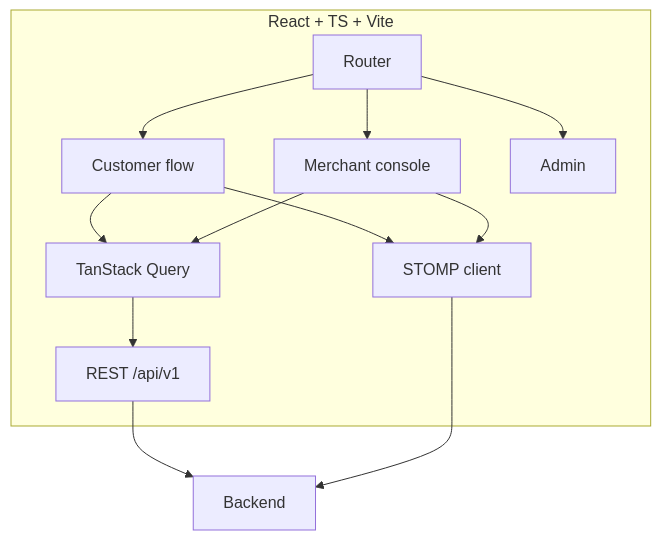
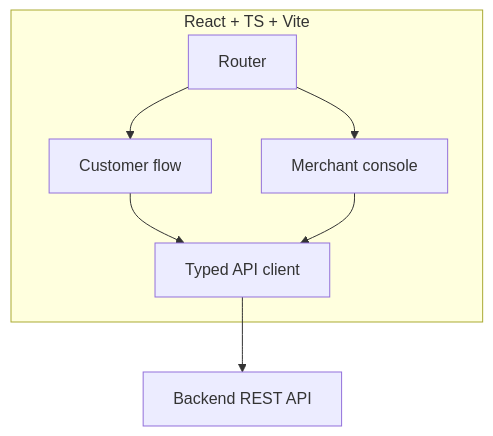
The eighth of 9 diagrams in ARCHITECTURE.md (ManoharEldhandi/OnTheWay), drawn with Mermaid before and after one commit. The commit also changed other lines of this file and 21 other files, not shown here.

````diff
--- a/ARCHITECTURE.md
+++ b/ARCHITECTURE.md
@@ -316,15 +278,10 @@
 ```mermaid
 graph TB
     subgraph Web[React + TS + Vite]
       ROUTER[Router] --> CUST[Customer flow]
       ROUTER --> MERCH[Merchant console]
-      ROUTER --> ADMIN[Admin]
-      CUST --> Q[TanStack Query]
-      MERCH --> Q
-      Q --> HTTP[REST /api/v1]
-      CUST --> WS[STOMP client]
-      MERCH --> WS
+      CUST --> API[Typed API client]
+      MERCH --> API
     end
-    HTTP --> BE[Backend]
-    WS --> BE
+    API --> BE[Backend REST API]
 ```
````
